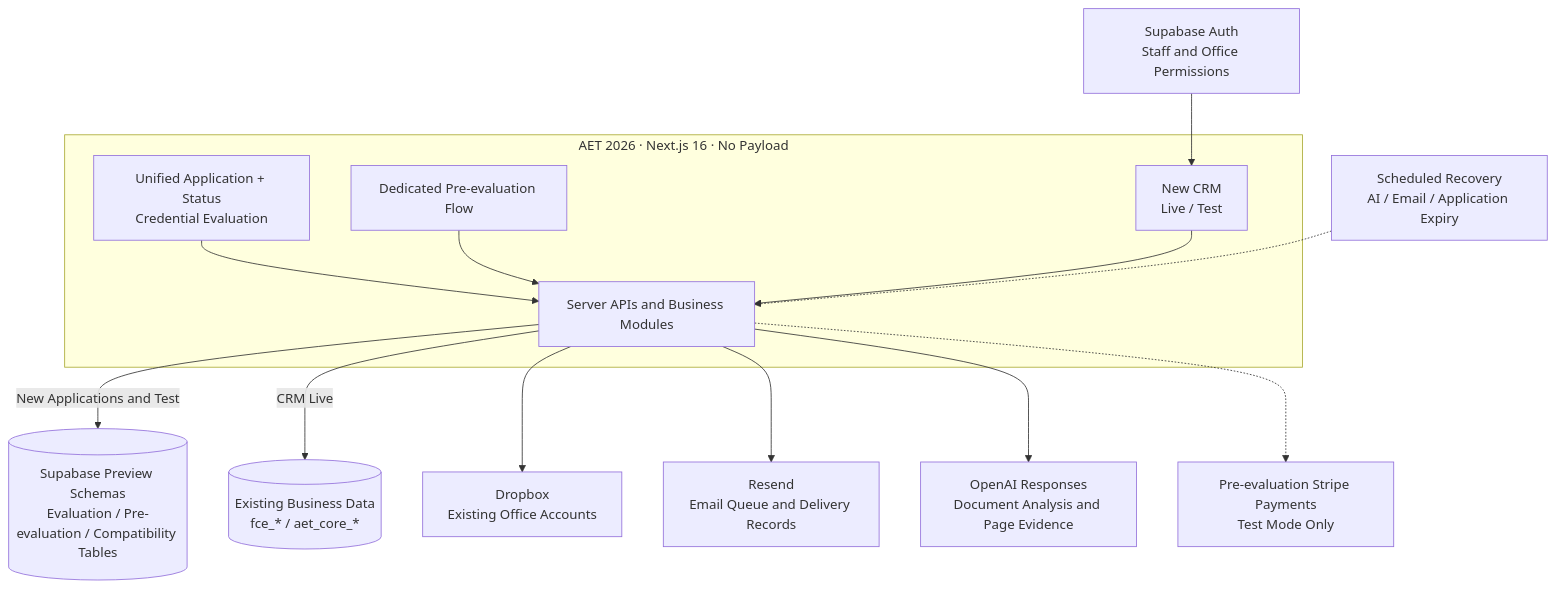
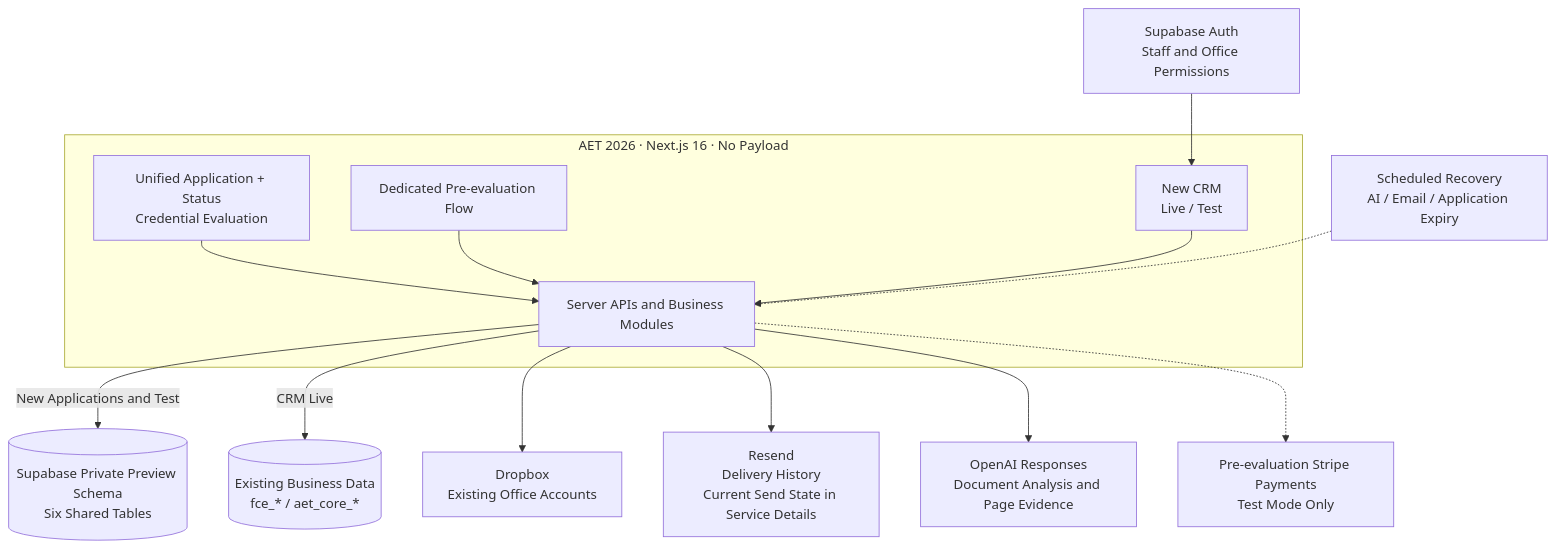
Before and after one commit to Jeromestein/aet-website-2026: the first of 2 diagrams in docs/migration-architecture.md, drawn with Mermaid. The commit also changed other lines of this file and 9 other files, not shown here.

Commit message:
chore(database): Retire verified Preview formal tables

````diff
--- a/docs/migration-architecture.md
+++ b/docs/migration-architecture.md
@@ -29,21 +29,21 @@
 ```mermaid
 flowchart TB
   subgraph NEW["AET 2026 · Next.js 16 · No Payload"]
     FORM["Unified Application + Status<br/>Credential Evaluation"]
     PRE["Dedicated Pre-evaluation Flow"]
     CRM["New CRM<br/>Live / Test"]
     API["Server APIs and Business Modules"]
     FORM --> API
     PRE --> API
     CRM --> API
   end
 
   AUTH["Supabase Auth<br/>Staff and Office Permissions"] --> CRM
-  API -->|New Applications and Test| TEST[("Supabase Preview Schemas<br/>Evaluation / Pre-evaluation / Compatibility Tables")]
+  API -->|New Applications and Test| TEST[("Supabase Private Preview Schema<br/>Six Shared Tables")]
   API -->|CRM Live| LIVE[("Existing Business Data<br/>fce_* / aet_core_*")]
   API --> FILE["Dropbox<br/>Existing Office Accounts"]
-  API --> EMAIL["Resend<br/>Email Queue and Delivery Records"]
+  API --> EMAIL["Resend<br/>Delivery History<br/>Current Send State in Service Details"]
   API --> AI["OpenAI Responses<br/>Document Analysis and Page Evidence"]
   API -.-> PAY["Pre-evaluation Stripe Payments<br/>Test Mode Only"]
   CRON["Scheduled Recovery<br/>AI / Email / Application Expiry"] -.-> API
 ```
````
